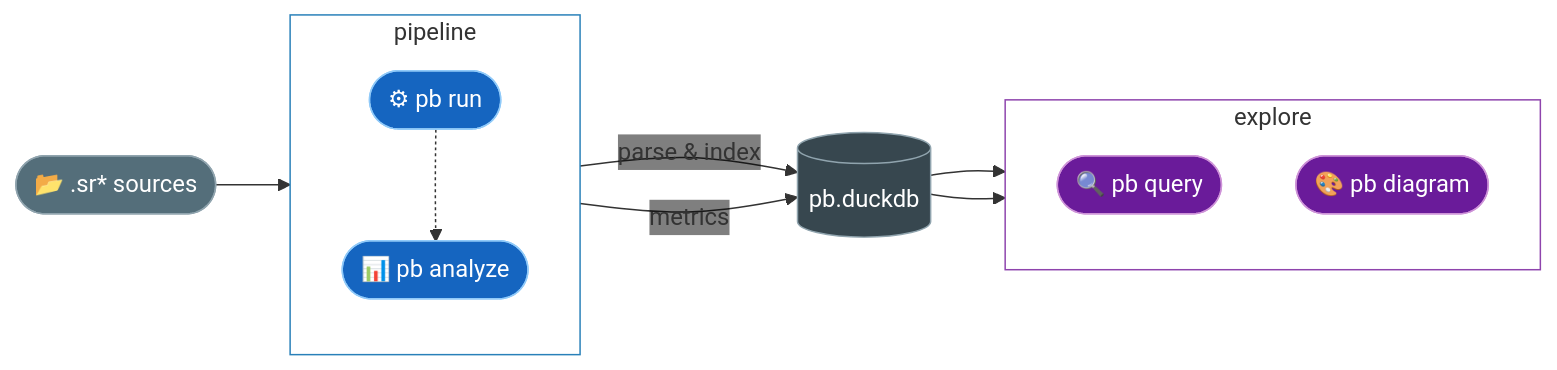
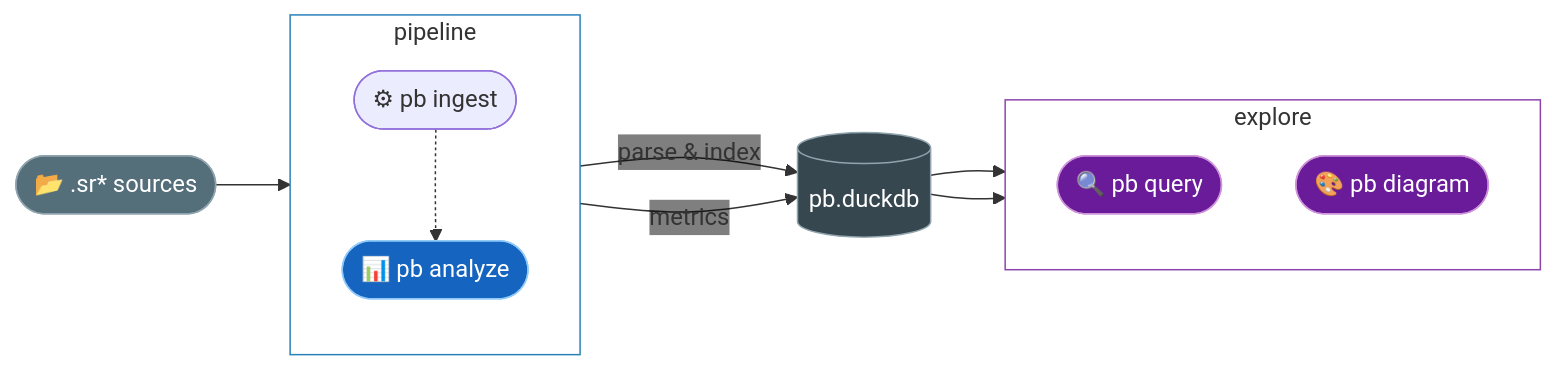
The diagram in README.md (thomasmarsh/pb), drawn with Mermaid before and after one commit. The commit also changed other lines of this file and 2 other files, not shown here.

Commit message:
doc: rename `run` -> `ingest` and change README to reflect .pbl ingestion

````diff
--- a/README.md
+++ b/README.md
@@ -9,39 +9,39 @@
 ```mermaid
 %%{init: {'themeVariables': {'edgeLabelBackground': 'transparent'}}}%%
 flowchart LR
     src(["📂 .sr* sources"])
 
     subgraph pipeline["  pipeline  "]
         direction TB
-        run(["⚙ pb run"])
+        ingest(["⚙ pb ingest"])
         analyze(["📊 pb analyze"])
-        run -.-> analyze
+        ingest -.-> analyze
     end
 
     db[("pb.duckdb")]
 
     subgraph explore["  explore  "]
         direction TB
         query(["🔍 pb query "])
         diagram(["🎨 pb diagram"])
     end
 
-    src     --> run
-    run     -- parse & index --> db
+    src     --> ingest
+    ingest  -- parse & index --> db
     analyze -- metrics       --> db
     db      --> query
     db      --> diagram
 
     style pipeline fill:transparent,stroke:#2980b9
     style explore  fill:transparent,stroke:#8e44ad
 
     classDef src fill:#546e7a,stroke:#90a4ae,color:#fff
     classDef cmd fill:#1565c0,stroke:#90caf9,color:#fff
     classDef db  fill:#37474f,stroke:#90a4ae,color:#fff
     classDef out fill:#6a1b9a,stroke:#ce93d8,color:#fff
 
     class src src
     class run,analyze cmd
     class db db
     class query,diagram out
 ```
````
